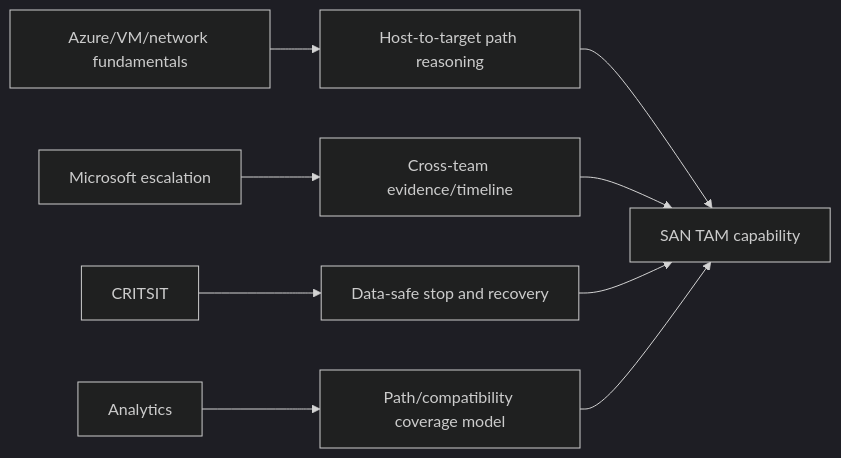
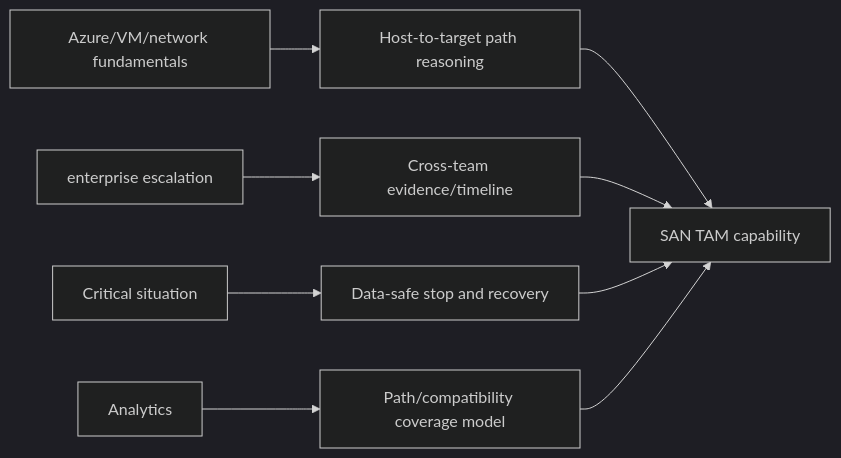
Before and after one commit to hichauhan-in/Interview-Prep: diagram 28 of 28 in NetApp TAM/prep/Part-85-lab-san-multipathing-troubleshooting.md, drawn with Mermaid (dark theme). The commit also changed other lines of this file and 493 other files, not shown here.

````diff
--- a/NetApp TAM/prep/Part-85-lab-san-multipathing-troubleshooting.md
+++ b/NetApp TAM/prep/Part-85-lab-san-multipathing-troubleshooting.md
@@ -509,11 +509,11 @@
 ```mermaid
 flowchart LR
     AZ[Azure/VM/network fundamentals] --> PATH[Host-to-target path reasoning]
-    MS[Microsoft escalation] --> EVID[Cross-team evidence/timeline]
-    CRIT[CRITSIT] --> SAFE[Data-safe stop and recovery]
+    MS[enterprise escalation] --> EVID[Cross-team evidence/timeline]
+    CRIT[Critical situation] --> SAFE[Data-safe stop and recovery]
     ANALYTICS[Analytics] --> MATRIX[Path/compatibility coverage model]
     PATH --> TAM[SAN TAM capability]
     EVID --> TAM
     SAFE --> TAM
     MATRIX --> TAM
 ```
````
